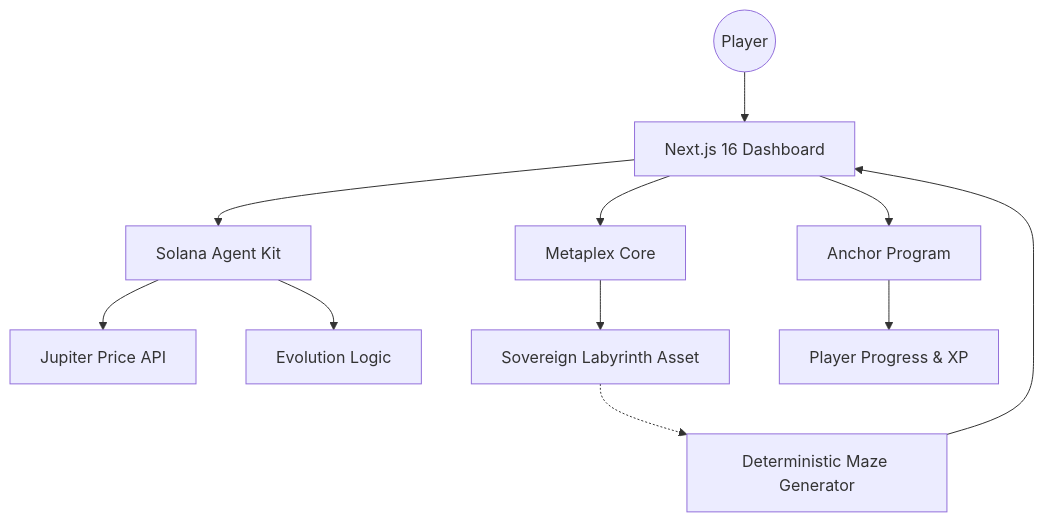
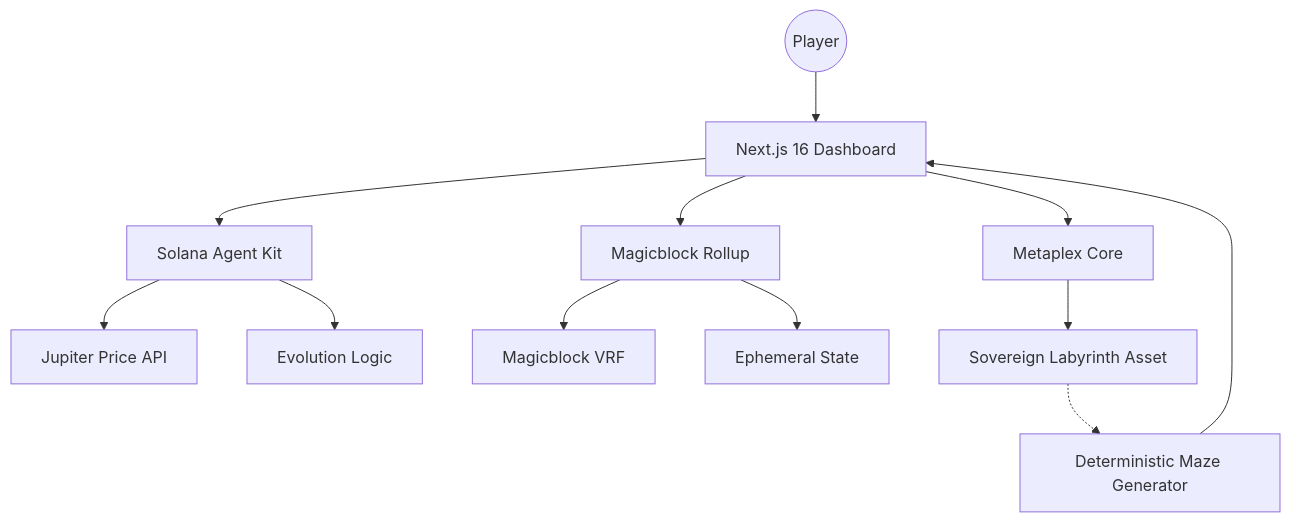
Before and after one commit to 9H4WK/orim-game: the diagram in README.md, drawn with Mermaid. The commit also changed other lines of this file, not shown here.

Commit message:
docs: Add Magicblock integration and remove emojis for professional tone

````diff
--- a/README.md
+++ b/README.md
@@ -61,16 +64,18 @@
 ```mermaid
 graph TD
     User((Player)) --> UI[Next.js 16 Dashboard]
     UI --> Agent[Solana Agent Kit]
     UI --> Core[Metaplex Core]
-    UI --> Anchor[Anchor Program]
+    UI --> MB[Magicblock Rollup]
     
     Agent --> Jup[Jupiter Price API]
     Agent --> Eval[Evolution Logic]
     
+    MB --> VRF[Magicblock VRF]
+    MB --> Session[Ephemeral State]
+    
     Core --> Asset[Sovereign Labyrinth Asset]
-    Anchor --> Profile[Player Progress & XP]
     
     Asset -.-> Gen[Deterministic Maze Generator]
     Gen --> UI
 ```
````
